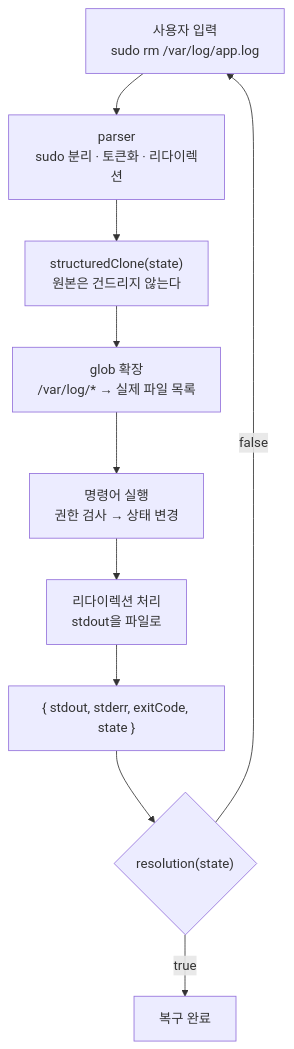
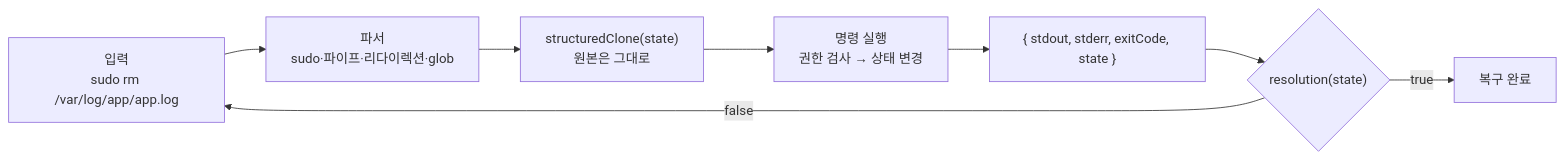
Before and after one commit to ho0829-ui/sudo-quest: the second of 3 diagrams in README.md, drawn with Mermaid. The commit also changed other lines of this file and 7 other files, not shown here.

````diff
--- a/README.md
+++ b/README.md
@@ -202,12 +120,10 @@
 ```mermaid
-flowchart TD
-    A["사용자 입력<br/>sudo rm /var/log/app.log"] --> B["parser<br/>sudo 분리 · 토큰화 · 리다이렉션"]
-    B --> C["structuredClone(state)<br/>원본은 건드리지 않는다"]
-    C --> D["glob 확장<br/>/var/log/* → 실제 파일 목록"]
-    D --> E["명령어 실행<br/>권한 검사 → 상태 변경"]
-    E --> F["리다이렉션 처리<br/>stdout을 파일로"]
-    F --> G["{ stdout, stderr, exitCode, state }"]
-    G --> H{"resolution(state)"}
-    H -->|true| I["복구 완료"]
-    H -->|false| A
+flowchart LR
+    A["입력<br/>sudo rm /var/log/app/app.log"] --> B["파서<br/>sudo·파이프·리다이렉션·glob"]
+    B --> C["structuredClone(state)<br/>원본은 그대로"]
+    C --> D["명령 실행<br/>권한 검사 → 상태 변경"]
+    D --> E["{ stdout, stderr, exitCode, state }"]
+    E --> F{"resolution(state)"}
+    F -->|true| G["복구 완료"]
+    F -->|false| A
 ```
````
